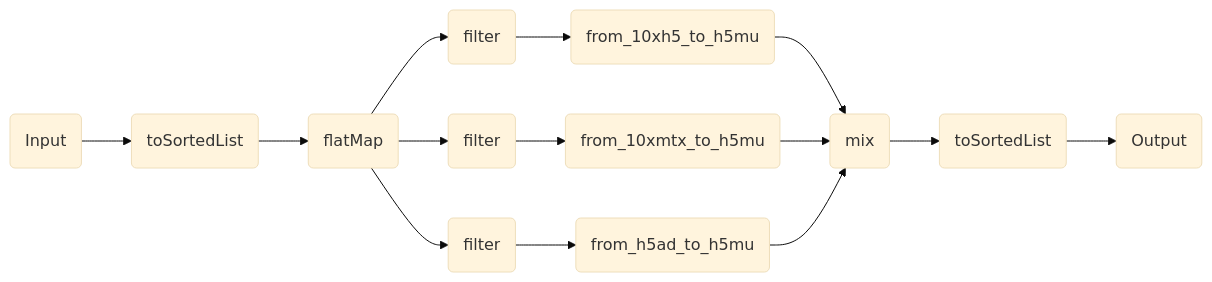
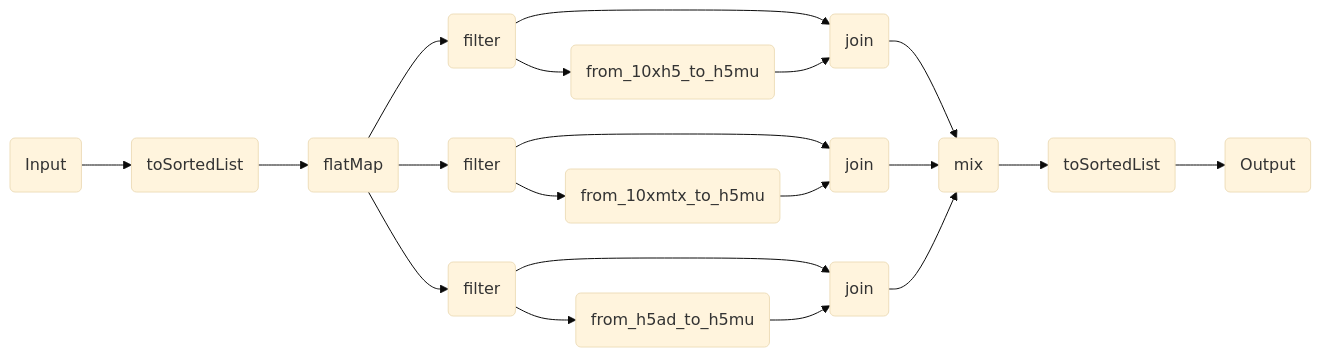
The diagram in components/workflows/ingestion/conversion.qmd (openpipelines-bio/website), drawn with Mermaid (base theme) before and after one commit. The commit also changed other lines of this file and 92 other files, not shown here.

````diff
--- a/components/workflows/ingestion/conversion.qmd
+++ b/components/workflows/ingestion/conversion.qmd
@@ -105,30 +105,39 @@
 ```{mermaid}
 %%| column: screen-inset-shaded
 flowchart LR
     p0(Input)
     p2(toSortedList)
     p4(flatMap)
     p5(filter)
-    p11(from_10xh5_to_h5mu)
+    p10(from_10xh5_to_h5mu)
+    p12(join)
     p35(mix)
     p15(filter)
-    p21(from_10xmtx_to_h5mu)
+    p20(from_10xmtx_to_h5mu)
+    p22(join)
     p25(filter)
-    p31(from_h5ad_to_h5mu)
+    p30(from_h5ad_to_h5mu)
+    p32(join)
     p37(toSortedList)
     p39(Output)
     p4-->p5
     p4-->p15
     p4-->p25
     p0-->p2
     p2-->p4
-    p5-->p11
-    p11-->p35
-    p15-->p21
-    p21-->p35
-    p25-->p31
-    p31-->p35
+    p5-->p12
+    p5-->p10
+    p10-->p12
+    p12-->p35
+    p15-->p22
+    p15-->p20
+    p20-->p22
+    p22-->p35
+    p25-->p32
+    p25-->p30
+    p30-->p32
+    p32-->p35
     p35-->p37
     p37-->p39
 
 ```
````
